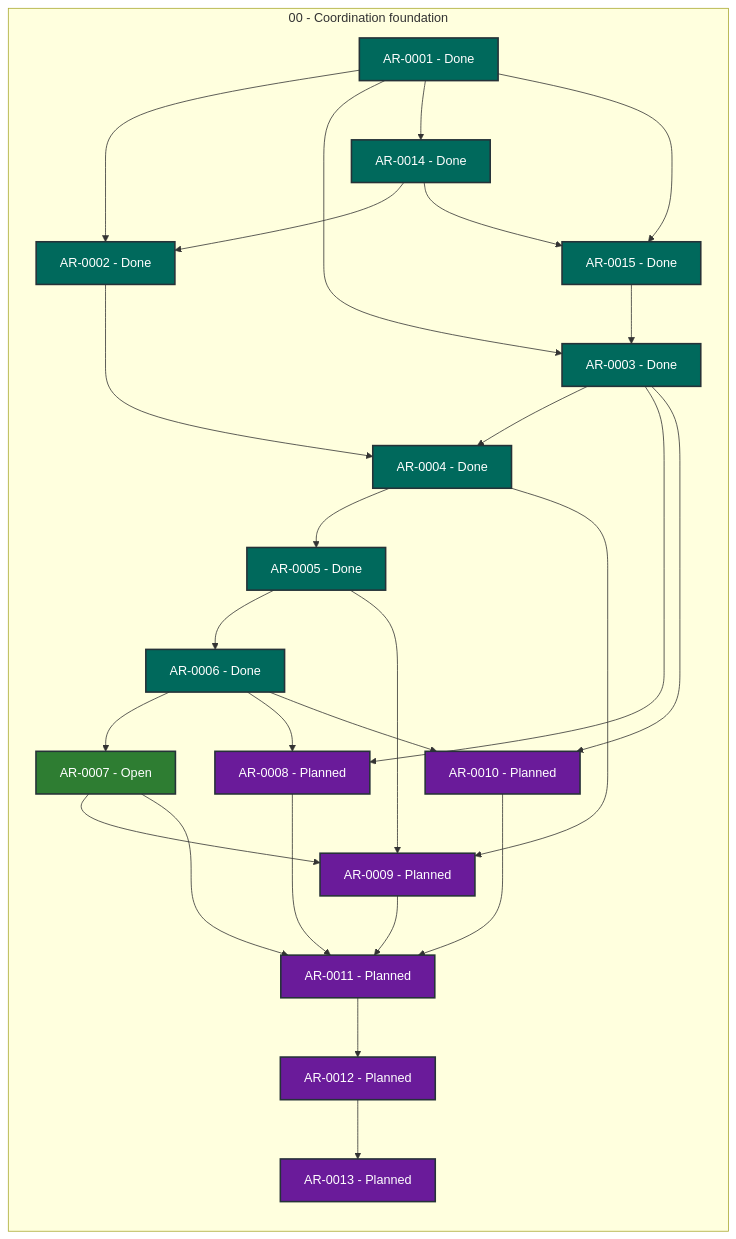
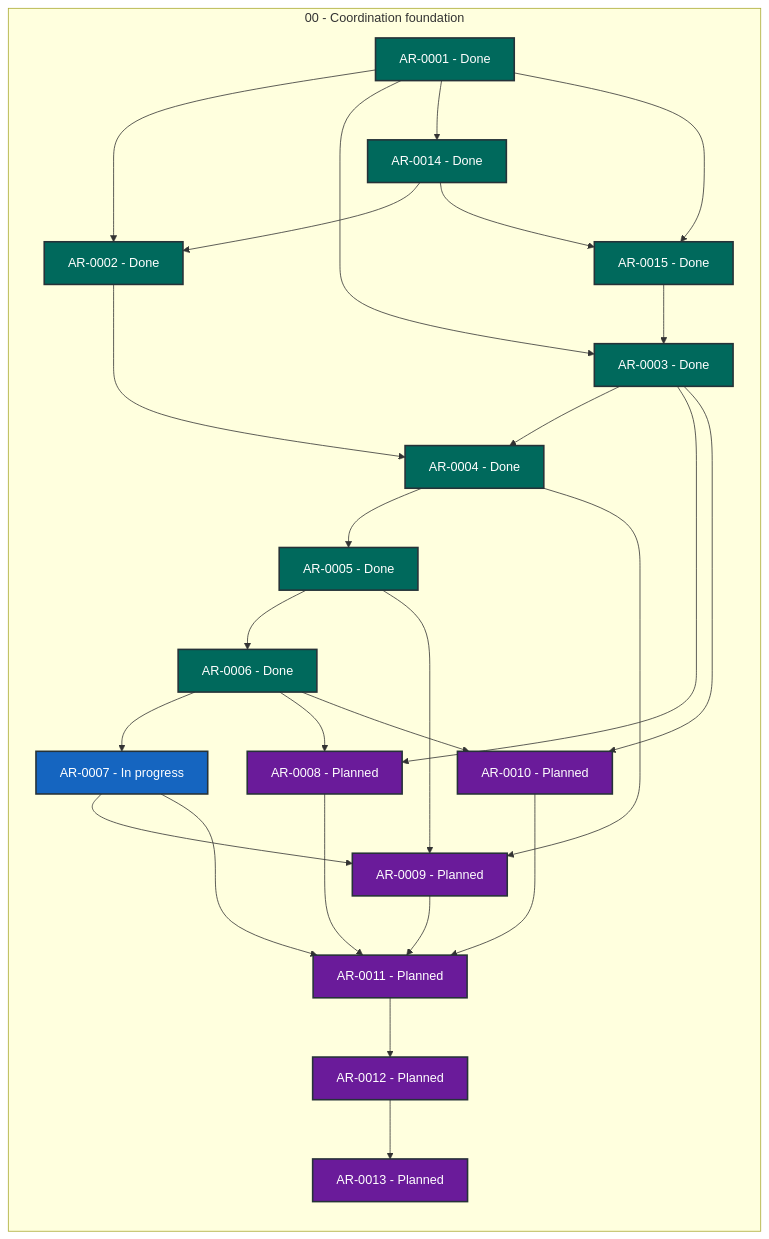
The diagram in STATUS.md (martin-beck/agent-workflow-tui-state), drawn with Mermaid before and after one commit. The commit also changed other lines of this file and 2 other files, not shown here.

````diff
--- a/STATUS.md
+++ b/STATUS.md
@@ -27,54 +27,54 @@
 ```mermaid
 flowchart LR
     subgraph series_00["00 - Coordination foundation"]
         direction TB
         AR_0001["AR-0001 - Done"]:::status_done
         AR_0002["AR-0002 - Done"]:::status_done
         AR_0003["AR-0003 - Done"]:::status_done
         AR_0004["AR-0004 - Done"]:::status_done
         AR_0005["AR-0005 - Done"]:::status_done
         AR_0006["AR-0006 - Done"]:::status_done
-        AR_0007["AR-0007 - Open"]:::status_open
+        AR_0007["AR-0007 - In progress"]:::status_in_progress
         AR_0008["AR-0008 - Planned"]:::status_planned
         AR_0009["AR-0009 - Planned"]:::status_planned
         AR_0010["AR-0010 - Planned"]:::status_planned
         AR_0011["AR-0011 - Planned"]:::status_planned
         AR_0012["AR-0012 - Planned"]:::status_planned
         AR_0013["AR-0013 - Planned"]:::status_planned
         AR_0014["AR-0014 - Done"]:::status_done
         AR_0015["AR-0015 - Done"]:::status_done
     end
     AR_0001 --> AR_0002
     AR_0001 --> AR_0003
     AR_0001 --> AR_0014
     AR_0001 --> AR_0015
     AR_0002 --> AR_0004
     AR_0003 --> AR_0004
     AR_0003 --> AR_0008
     AR_0003 --> AR_0010
     AR_0004 --> AR_0005
     AR_0004 --> AR_0009
     AR_0005 --> AR_0006
     AR_0005 --> AR_0009
     AR_0006 --> AR_0007
     AR_0006 --> AR_0008
     AR_0006 --> AR_0010
     AR_0007 --> AR_0009
     AR_0007 --> AR_0011
     AR_0008 --> AR_0011
     AR_0009 --> AR_0011
     AR_0010 --> AR_0011
     AR_0011 --> AR_0012
     AR_0012 --> AR_0013
     AR_0014 --> AR_0002
     AR_0014 --> AR_0015
     AR_0015 --> AR_0003
     classDef status_in_progress fill:#1565c0,color:#ffffff,stroke:#263238,stroke-width:2px
     classDef status_open fill:#2e7d32,color:#ffffff,stroke:#263238,stroke-width:2px
     classDef status_blocked fill:#c62828,color:#ffffff,stroke:#263238,stroke-width:2px
     classDef status_planned fill:#6a1b9a,color:#ffffff,stroke:#263238,stroke-width:2px
     classDef status_future fill:#455a64,color:#ffffff,stroke:#263238,stroke-width:2px
     classDef status_done fill:#00695c,color:#ffffff,stroke:#263238,stroke-width:2px
     classDef status_cancelled fill:#616161,color:#ffffff,stroke:#263238,stroke-width:2px
     classDef status_superseded fill:#5d4037,color:#ffffff,stroke:#263238,stroke-width:2px
 ```
````
